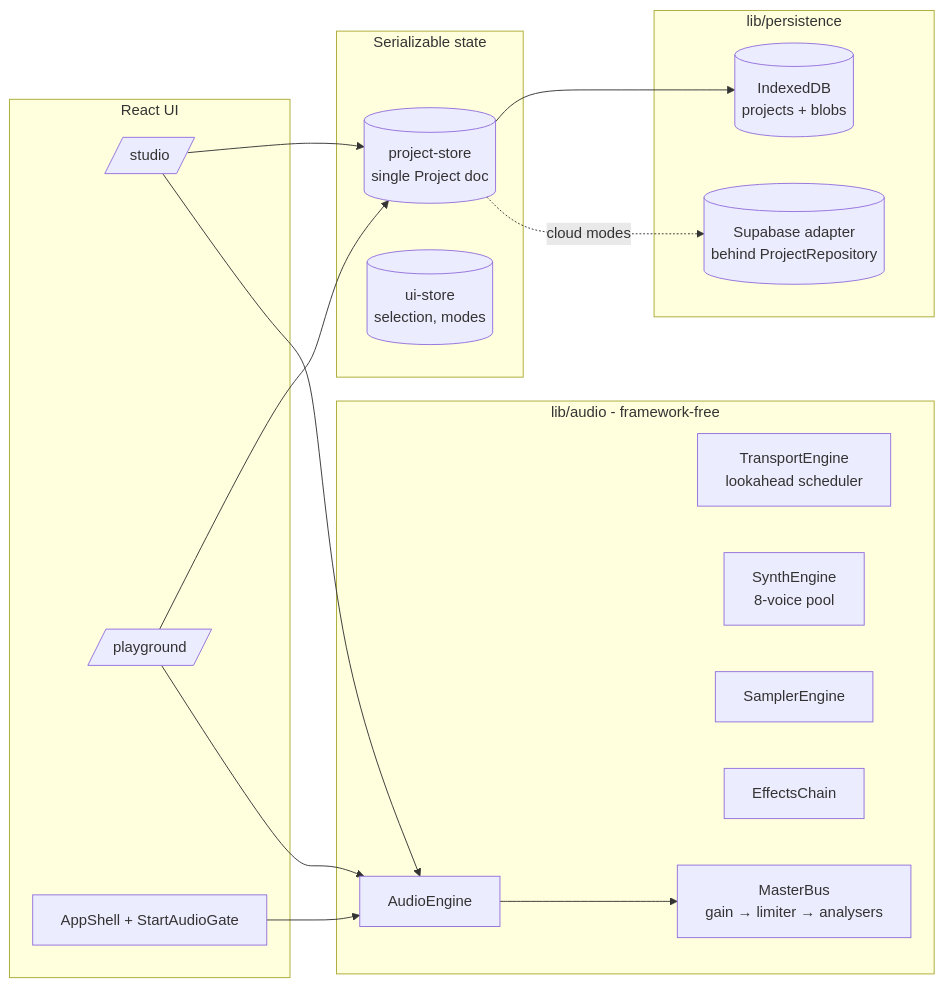
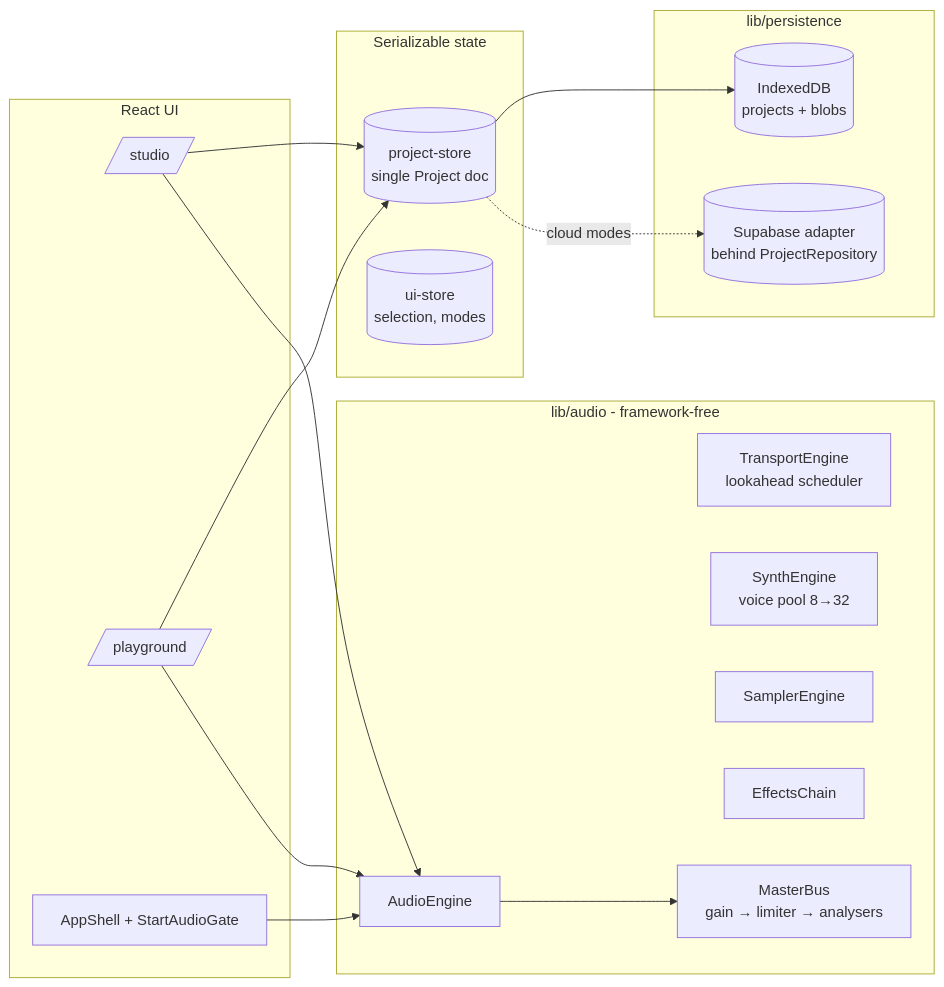
Before and after one commit to ddallabenetta/0wave-Studio: the diagram in docs/ARCHITECTURE.md, drawn with Mermaid. The commit also changed 33 other files, not shown here.

````diff
--- a/docs/ARCHITECTURE.md
+++ b/docs/ARCHITECTURE.md
@@ -5,32 +5,32 @@
 ```mermaid
 flowchart LR
   subgraph UI[React UI]
     Studio[/studio/]
     Playground[/playground/]
     Shell[AppShell + StartAudioGate]
   end
   subgraph State[Serializable state]
     PS[(project-store<br/>single Project doc)]
     US[(ui-store<br/>selection, modes)]
   end
   subgraph Engine[lib/audio - framework-free]
     AE[AudioEngine]
     TE[TransportEngine<br/>lookahead scheduler]
-    SE[SynthEngine<br/>8-voice pool]
+    SE[SynthEngine<br/>voice pool 8→32]
     SA[SamplerEngine]
     FX[EffectsChain]
     MB[MasterBus<br/>gain → limiter → analysers]
   end
   subgraph Persist[lib/persistence]
     L[(IndexedDB<br/>projects + blobs)]
     SB[(Supabase adapter<br/>behind ProjectRepository)]
   end
   Studio --> PS
   Playground --> PS
   Studio --> AE
   Playground --> AE
   AE --> MB
   PS --> L
   PS -. cloud modes .-> SB
   Shell --> AE
 ```
````
